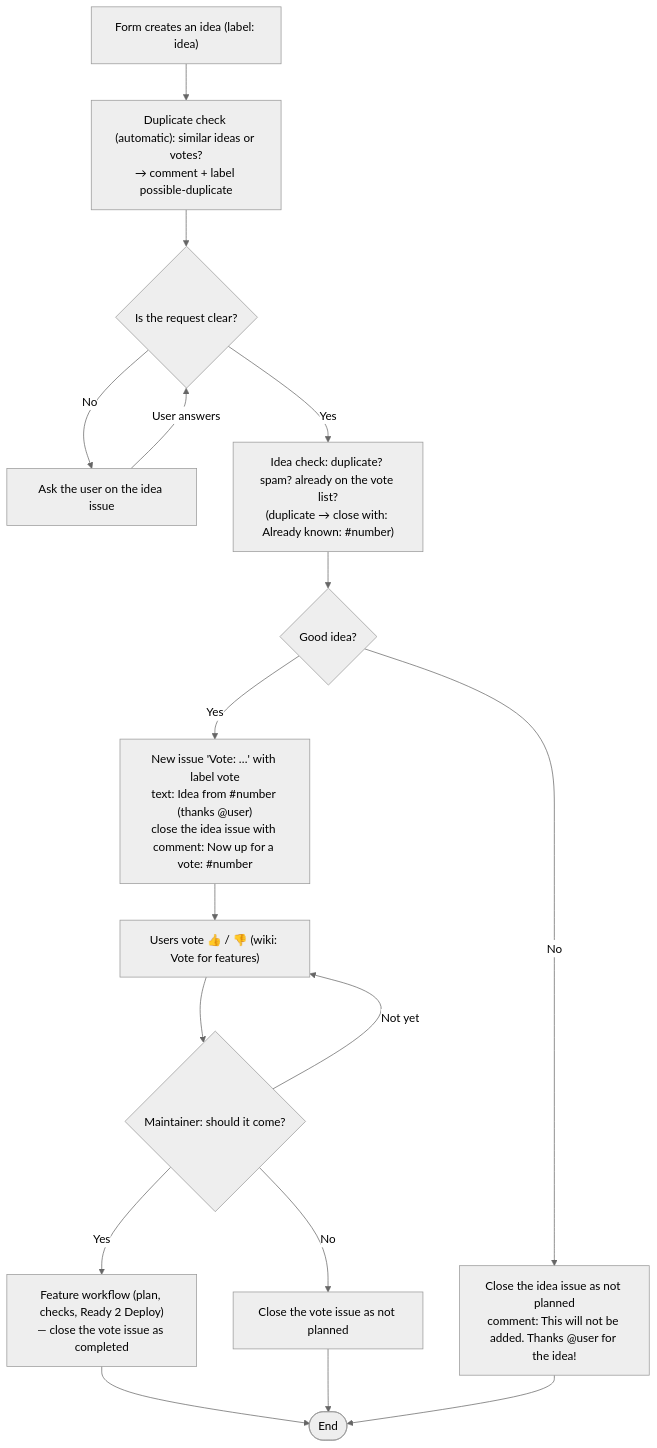
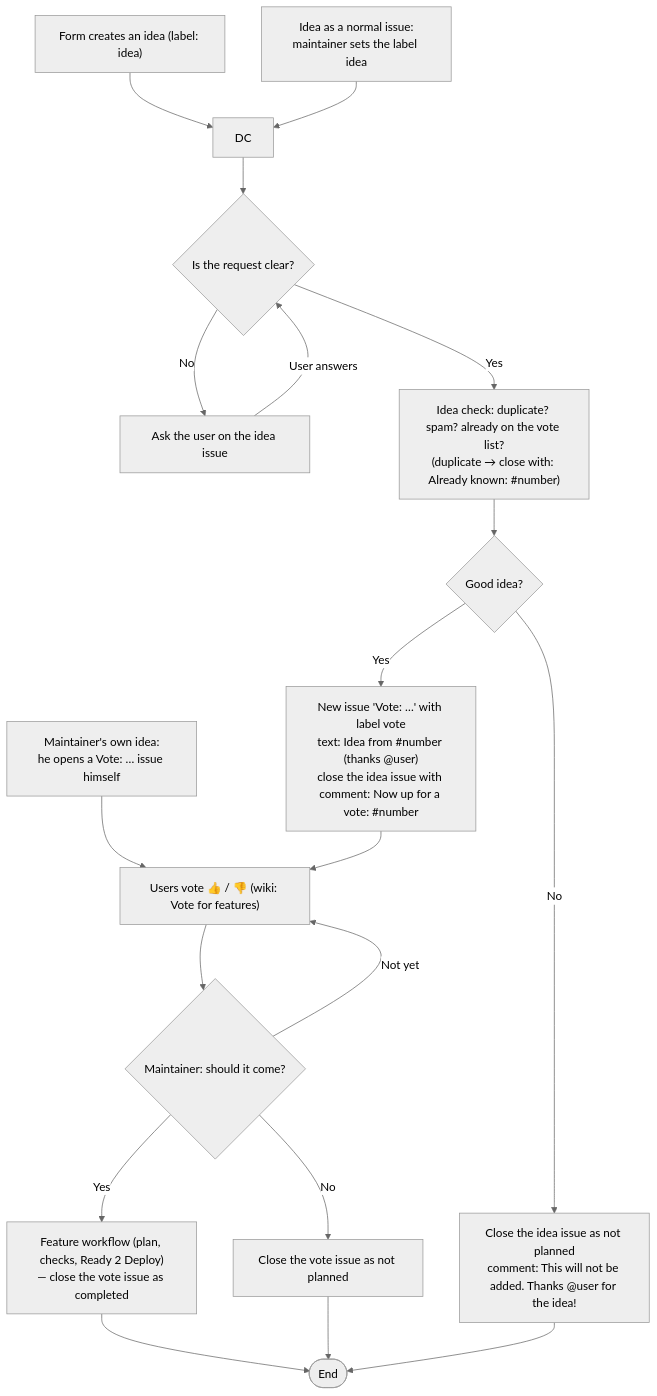
Before and after one commit to GFGMNET/Workspace: the diagram in docs/IDEAS-WORKFLOW.md, drawn with Mermaid (neutral theme). The commit also changed 2 other files, not shown here.

Commit message:
Workflows: changed plan loses Ready 2 Deploy; ideas from normal issues (label idea) and the maintainer's own Vote issues
Claude-Session: https://claude.ai/code/session_01YTmHS5QesE4imbb73iBYzB

````diff
--- a/docs/IDEAS-WORKFLOW.md
+++ b/docs/IDEAS-WORKFLOW.md
@@ -5,19 +5,21 @@
 ```mermaid
 flowchart TD
-   A["Form creates an idea (label: idea)"] --> DC["Duplicate check (automatic): similar ideas or votes?<br/>→ comment + label possible-duplicate"]
+   A["Form creates an idea (label: idea)"] --> DC
+   A2["Idea as a normal issue:<br/>maintainer sets the label idea"] --> DC
+   O["Maintainer's own idea:<br/>he opens a Vote: … issue himself"] --> V["Duplicate check (automatic): similar ideas or votes?<br/>→ comment + label possible-duplicate"]
    DC --> B{"Is the request clear?"}
    B -->|No| D["Ask the user on the idea issue"]
    D -->|User answers| B
    B -->|Yes| C["Idea check: duplicate? spam? already on the vote list?<br/>(duplicate → close with: Already known: #number)"]
    C --> E{"Good idea?"}
    E -->|Yes| F["New issue 'Vote: …' with label vote<br/>text: Idea from #number (thanks @user)<br/>close the idea issue with comment: Now up for a vote: #number"]
    E -->|No| G["Close the idea issue as not planned<br/>comment: This will not be added. Thanks @user for the idea!"]
    F --> V["Users vote 👍 / 👎 (wiki: Vote for features)"]
    V --> W{"Maintainer: should it come?"}
    W -->|Yes| X["Feature workflow (plan, checks, Ready 2 Deploy)<br/>— close the vote issue as completed"]
    W -->|No| Y["Close the vote issue as not planned"]
    W -->|Not yet| V
    X --> H([End])
    Y --> H
    G --> H
 ```
````
